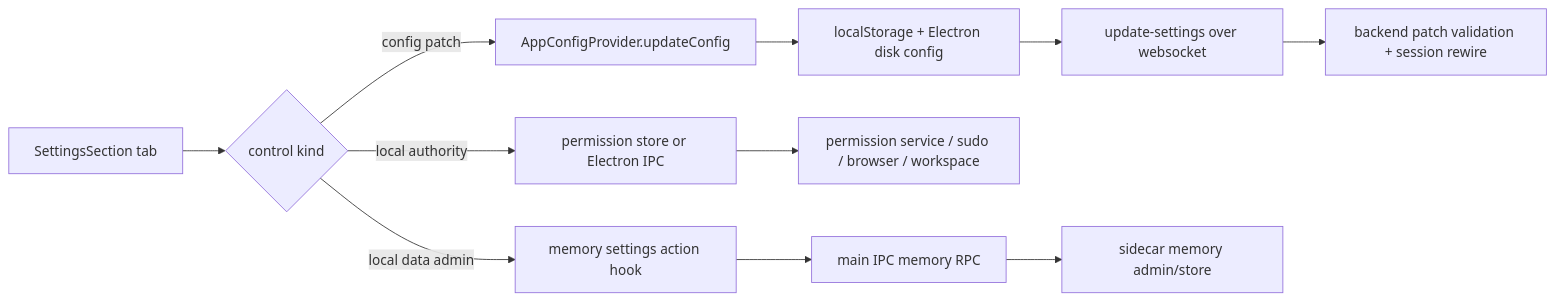
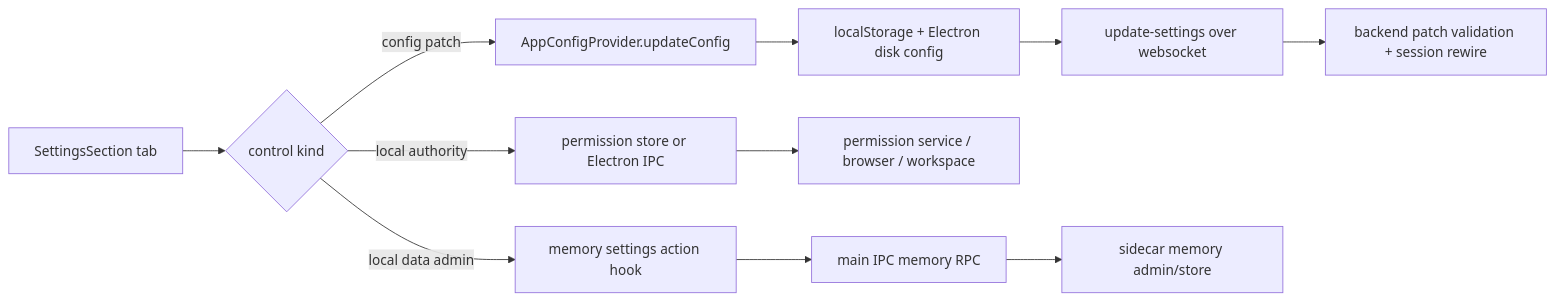
The diagram in docs/frontend/renderer/settings/settings_surface_change_workflow.md (buiilding/My_Own_OpenClaw), drawn with Mermaid before and after one commit. The commit also changed other lines of this file and 94 other files, not shown here.

````diff
--- a/docs/frontend/renderer/settings/settings_surface_change_workflow.md
+++ b/docs/frontend/renderer/settings/settings_surface_change_workflow.md
@@ -18,13 +18,13 @@
 ```mermaid
 flowchart LR
     A["SettingsSection tab"] --> B{"control kind"}
     B -- "config patch" --> C["AppConfigProvider.updateConfig"]
     C --> D["localStorage + Electron disk config"]
     D --> E["update-settings over websocket"]
     E --> F["backend patch validation + session rewire"]
     B -- "local authority" --> G["permission store or Electron IPC"]
-    G --> H["permission service / sudo / browser / workspace"]
+    G --> H["permission service / browser / workspace"]
     B -- "local data admin" --> I["memory settings action hook"]
     I --> J["main IPC memory RPC"]
     J --> K["sidecar memory admin/store"]
 ```
````
